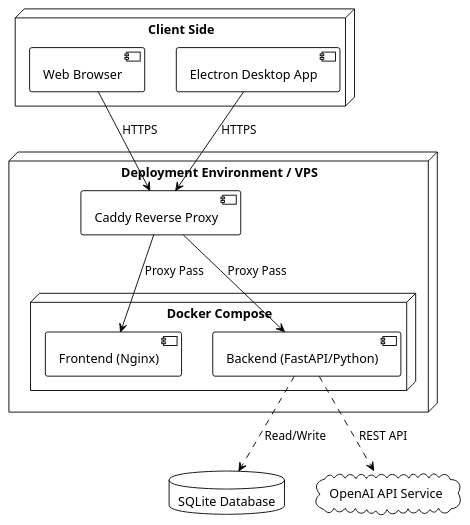
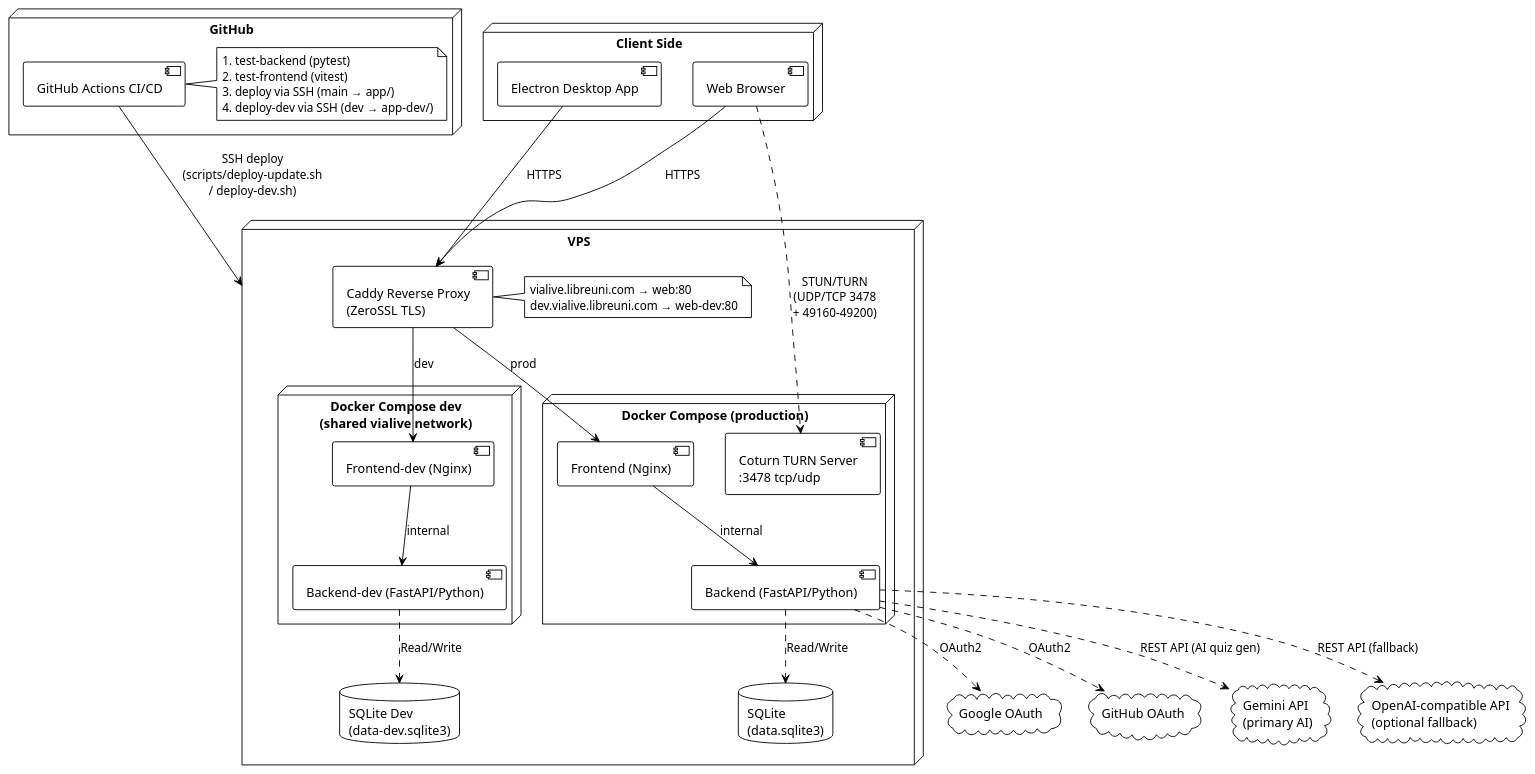
Before and after one commit to Bananapolis/Hackaton: the diagram in docs/diagrams/deployment.puml, drawn with PlantUML. The commit also changed 3 other files, not shown here.

Commit message:
updated deployment diagram

```diff
--- a/docs/diagrams/deployment.puml
+++ b/docs/diagrams/deployment.puml
@@ -1,29 +1,73 @@
-@startuml
+@startuml deployment
 !theme plain
 
 node "Client Side" {
   [Web Browser] as Browser
   [Electron Desktop App] as DesktopApp
 }
 
-node "Deployment Environment / VPS" {
-  [Caddy Reverse Proxy] as Caddy
-  
-  node "Docker Compose" {
+node "GitHub" {
+  [GitHub Actions CI/CD] as CICD
+  note right of CICD
+    1. test-backend (pytest)
+    2. test-frontend (vitest)
+    3. deploy via SSH (main → app/)
+    4. deploy-dev via SSH (dev → app-dev/)
+  end note
+}
+
+node "VPS" {
+  [Caddy Reverse Proxy\n(ZeroSSL TLS)] as Caddy
+  note right of Caddy
+    vialive.libreuni.com → web:80
+    dev.vialive.libreuni.com → web-dev:80
+  end note
+
+  node "Docker Compose (production)" {
     [Frontend (Nginx)] as FrontendContainer
     [Backend (FastAPI/Python)] as BackendContainer
+    [Coturn TURN Server\n:3478 tcp/udp] as TurnContainer
   }
+
+  node "Docker Compose dev\n(shared vialive network)" {
+    [Frontend-dev (Nginx)] as FrontendDev
+    [Backend-dev (FastAPI/Python)] as BackendDev
+  }
+
+  database "SQLite\n(data.sqlite3)" as SQLite
+  database "SQLite Dev\n(data-dev.sqlite3)" as SQLiteDev
 }
 
-database "SQLite Database" as SQLite
-cloud "OpenAI API Service" as OpenAI
+cloud "Gemini API\n(primary AI)" as Gemini
+cloud "OpenAI-compatible API\n(optional fallback)" as OpenAI
+cloud "Google OAuth" as GoogleOAuth
+cloud "GitHub OAuth" as GitHubOAuth
 
+' Client traffic
 Browser --> Caddy : HTTPS
 DesktopApp --> Caddy : HTTPS
 
-Caddy --> FrontendContainer : Proxy Pass
-Caddy --> BackendContainer : Proxy Pass
+' Caddy routing
+Caddy --> FrontendContainer : prod
+Caddy --> FrontendDev : dev
 
+' Frontend proxies API calls to backend (via Nginx)
+FrontendContainer --> BackendContainer : internal
+FrontendDev --> BackendDev : internal
+
+' WebRTC ICE/TURN
+Browser ..> TurnContainer : STUN/TURN\n(UDP/TCP 3478\n+ 49160-49200)
+
+' Backend persistence
 BackendContainer ..> SQLite : Read/Write
-BackendContainer ..> OpenAI : REST API
+BackendDev ..> SQLiteDev : Read/Write
+
+' External services
+BackendContainer ..> Gemini : REST API (AI quiz gen)
+BackendContainer ..> OpenAI : REST API (fallback)
+BackendContainer ..> GoogleOAuth : OAuth2
+BackendContainer ..> GitHubOAuth : OAuth2
+
+' CI/CD deployment
+CICD --> VPS : SSH deploy\n(scripts/deploy-update.sh\n/ deploy-dev.sh)
 @enduml
```
